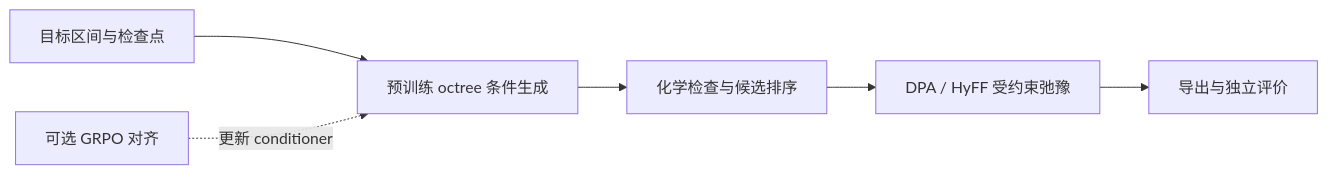
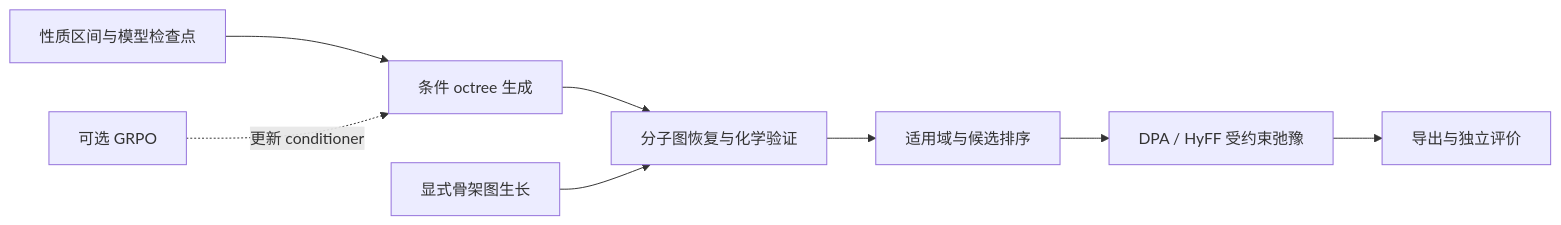
One commit to ShangChien/orbit3d changed the diagram in docs/architecture.md. Above: the diagram before and after it, drawn with Mermaid. The commit also changed other lines of this file and 6 other files, not shown here.

Commit message:
docs: separate current architecture change plans and experiment status

````diff
--- a/docs/architecture.md
+++ b/docs/architecture.md
@@ -25,8 +7,10 @@
 ```mermaid
 flowchart LR
-    A[目标区间与检查点] --> B[预训练 octree 条件生成]
-    B --> C[化学检查与候选排序]
-    C --> D[DPA / HyFF 受约束弛豫]
-    D --> E[导出与独立评价]
-    F[可选 GRPO 对齐] -.更新 conditioner.-> B
+    A[性质区间与模型检查点] --> B[条件 octree 生成]
+    B --> C[分子图恢复与化学验证]
+    C --> D[适用域与候选排序]
+    D --> E[DPA / HyFF 受约束弛豫]
+    E --> F[导出与独立评价]
+    G[可选 GRPO] -.更新 conditioner.-> B
+    H[显式骨架图生长] --> C
 ```
````
